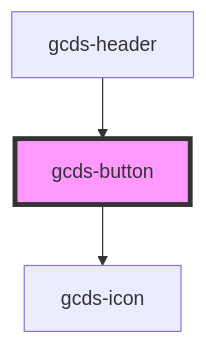
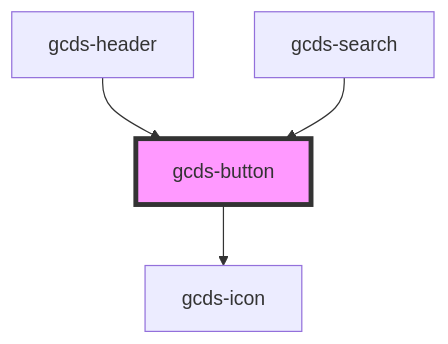
One commit to cds-snc/gcds-components changed the diagram in packages/web/src/components/gcds-button/readme.md. Above: the diagram before and after it, drawn with Mermaid. The commit also changed other lines of this file and 6 other files, not shown here.

````diff
--- a/packages/web/src/components/gcds-button/readme.md
+++ b/packages/web/src/components/gcds-button/readme.md
@@ -58,6 +59,7 @@
 ```mermaid
 graph TD;
   gcds-button --> gcds-icon
   gcds-header --> gcds-button
+  gcds-search --> gcds-button
   style gcds-button fill:#f9f,stroke:#333,stroke-width:4px
 ```
````
